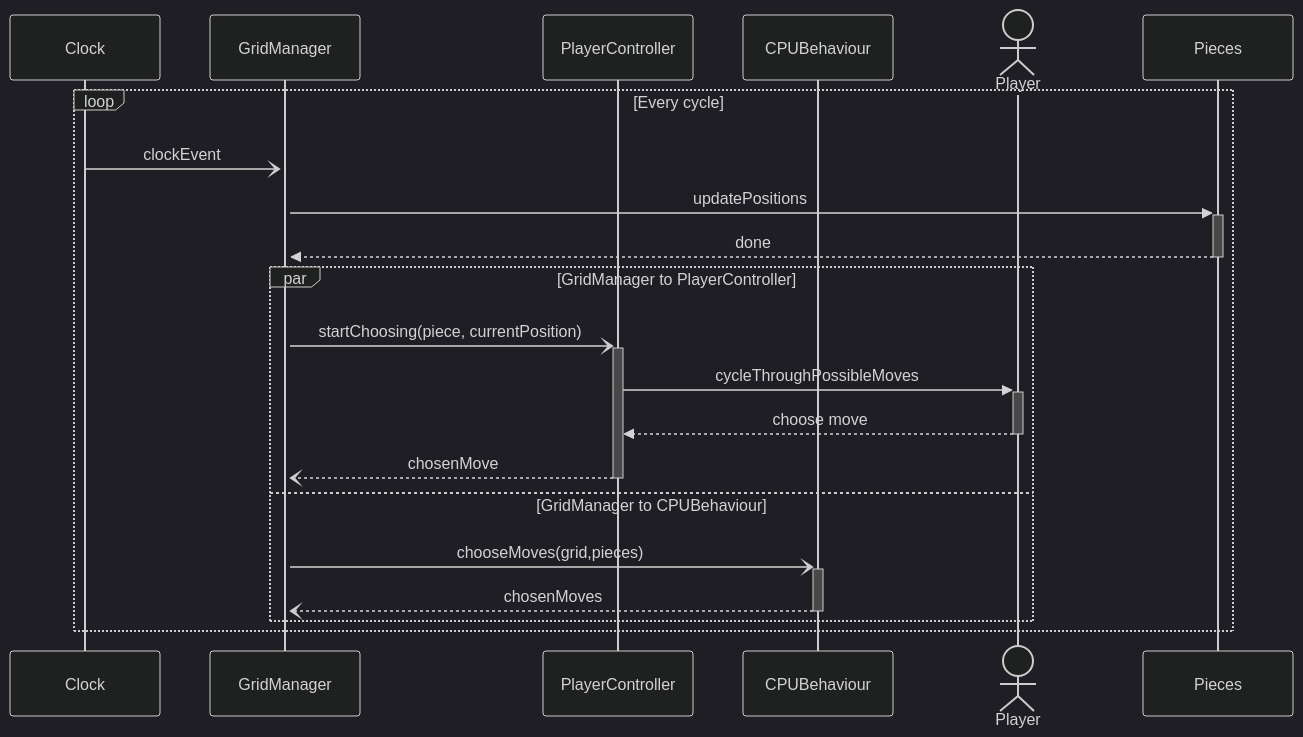
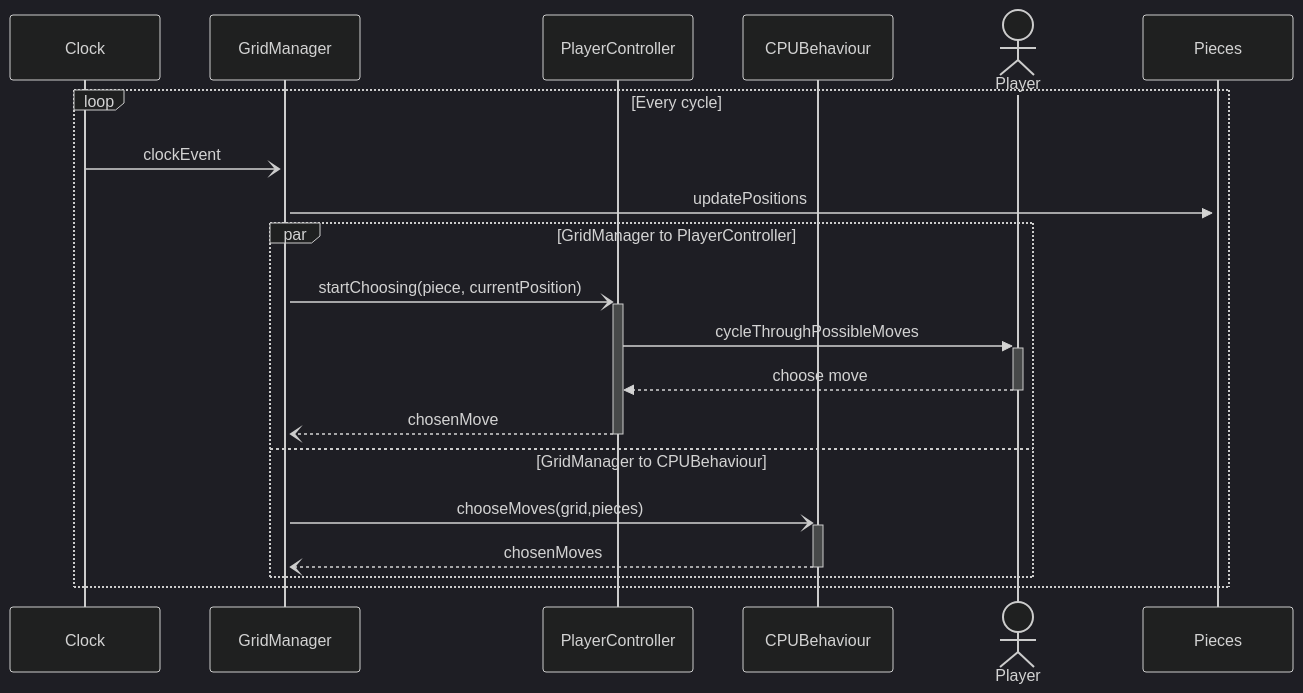
One commit to martinopiaggi/Gambetto changed the second of 2 diagrams in Documents/game design document.md. Above: the diagram before and after it, drawn with Mermaid (dark theme). The commit also changed other lines of this file, not shown here.

````diff
--- a/Documents/game design document.md
+++ b/Documents/game design document.md
@@ -146,26 +144,26 @@
 ```mermaid
 
 sequenceDiagram
 
     participant C as Clock
 
     participant G as GridManager
 		participant PC as PlayerController
 		participant CB as CPUBehaviour
 		actor P as Player
 		participant PI as Pieces
 		loop Every cycle
 		C-)+G: clockEvent
 		G ->>+ PI: updatePositions
-		PI -->>-G: done
+
 		par GridManager to PlayerController
 		G -)+ PC: startChoosing(piece, currentPosition)
 		PC->>+ P: cycleThroughPossibleMoves
 		P -->>- PC: choose move
 		PC --)- G: chosenMove
 		and GridManager to CPUBehaviour
 		G -)+ CB: chooseMoves(grid,pieces)
 		CB --)- G: chosenMoves
 		end
 		end
 ```
````
